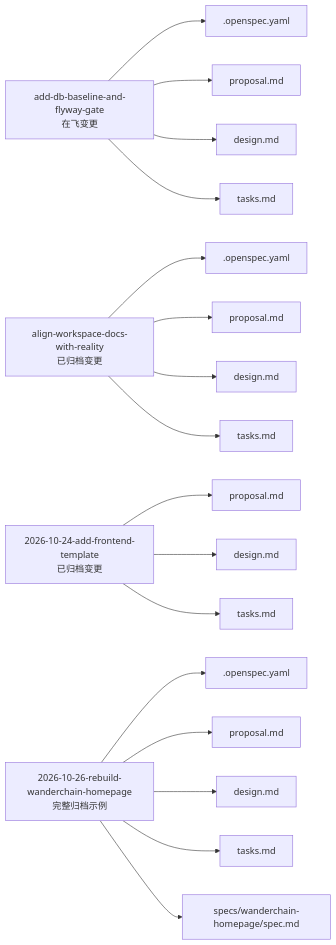
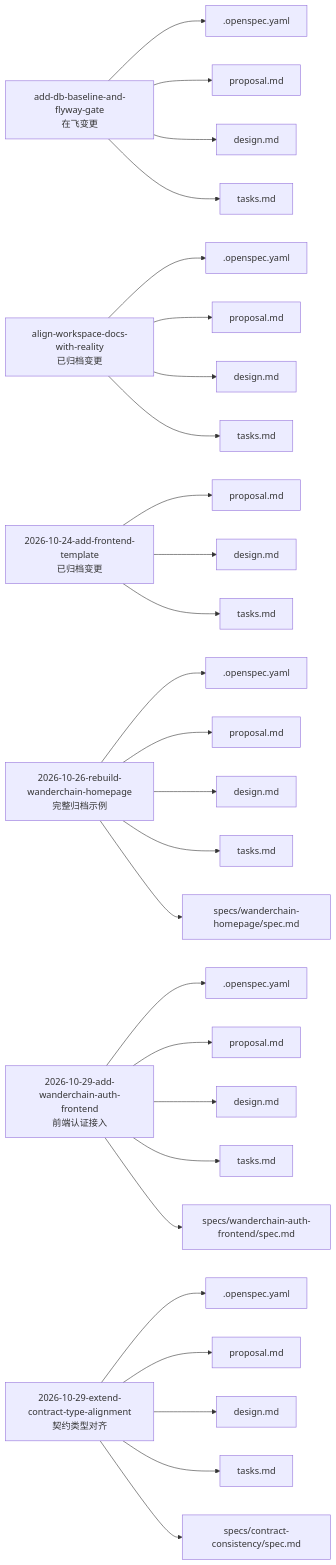
One commit to luyitiger6/my-first-project changed the ninth of 11 diagrams in .qoder/repowiki/zh/content/规格驱动开发/规格驱动开发.md. Above: the diagram before and after it, drawn with Mermaid. The commit also changed other lines of this file and 54 other files, not shown here.

````diff
--- a/.qoder/repowiki/zh/content/规格驱动开发/规格驱动开发.md
+++ b/.qoder/repowiki/zh/content/规格驱动开发/规格驱动开发.md
@@ -318,19 +414,29 @@
 ```mermaid
 graph LR
 ChangeA["add-db-baseline-and-flyway-gate<br/>在飞变更"] --> A1[".openspec.yaml"]
 ChangeA --> A2["proposal.md"]
 ChangeA --> A3["design.md"]
 ChangeA --> A4["tasks.md"]
 ChangeB["align-workspace-docs-with-reality<br/>已归档变更"] --> B1[".openspec.yaml"]
 ChangeB --> B2["proposal.md"]
 ChangeB --> B3["design.md"]
 ChangeB --> B4["tasks.md"]
 ChangeC["2026-10-24-add-frontend-template<br/>已归档变更"] --> C1["proposal.md"]
 ChangeC --> C2["design.md"]
 ChangeC --> C3["tasks.md"]
 ChangeD["2026-10-26-rebuild-wanderchain-homepage<br/>完整归档示例"] --> D1[".openspec.yaml"]
 ChangeD --> D2["proposal.md"]
 ChangeD --> D3["design.md"]
 ChangeD --> D4["tasks.md"]
 ChangeD --> D5["specs/wanderchain-homepage/spec.md"]
+ChangeE["2026-10-29-add-wanderchain-auth-frontend<br/>前端认证接入"] --> E1[".openspec.yaml"]
+ChangeE --> E2["proposal.md"]
+ChangeE --> E3["design.md"]
+ChangeE --> E4["tasks.md"]
+ChangeE --> E5["specs/wanderchain-auth-frontend/spec.md"]
+ChangeF["2026-10-29-extend-contract-type-alignment<br/>契约类型对齐"] --> F1[".openspec.yaml"]
+ChangeF --> F2["proposal.md"]
+ChangeF --> F3["design.md"]
+ChangeF --> F4["tasks.md"]
+ChangeF --> F5["specs/contract-consistency/spec.md"]
 ```
````
